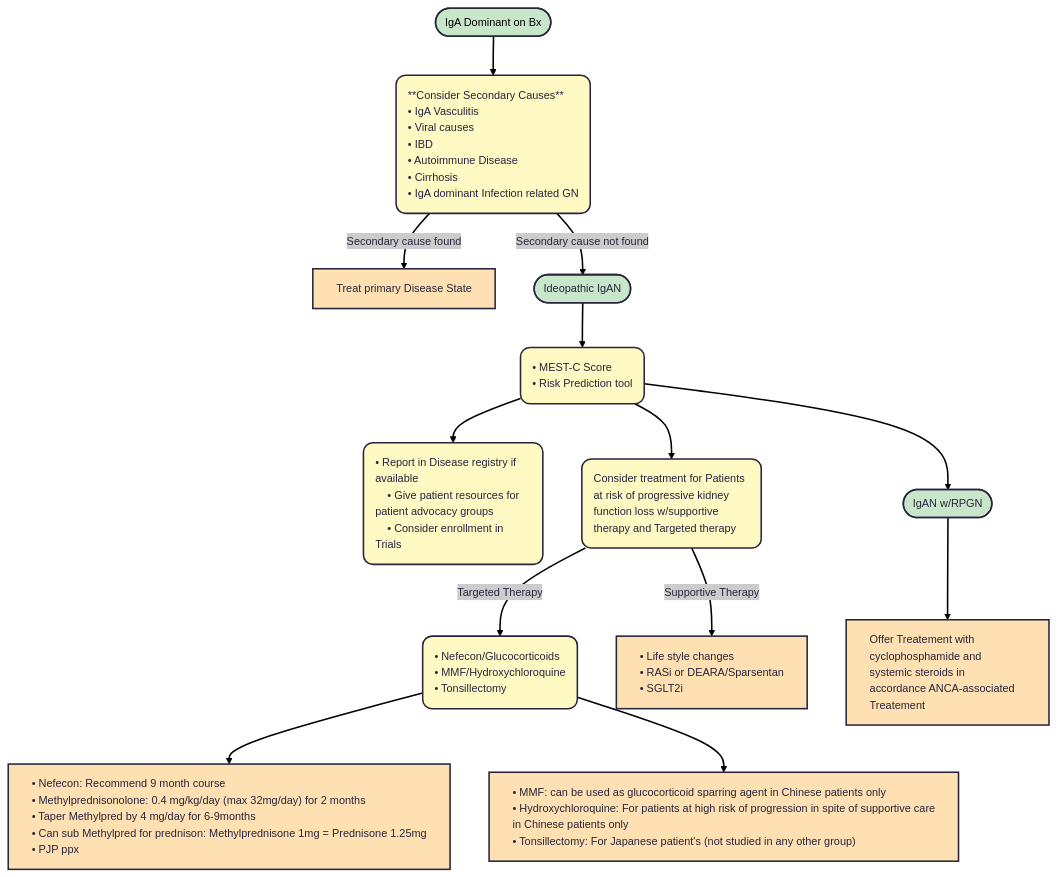
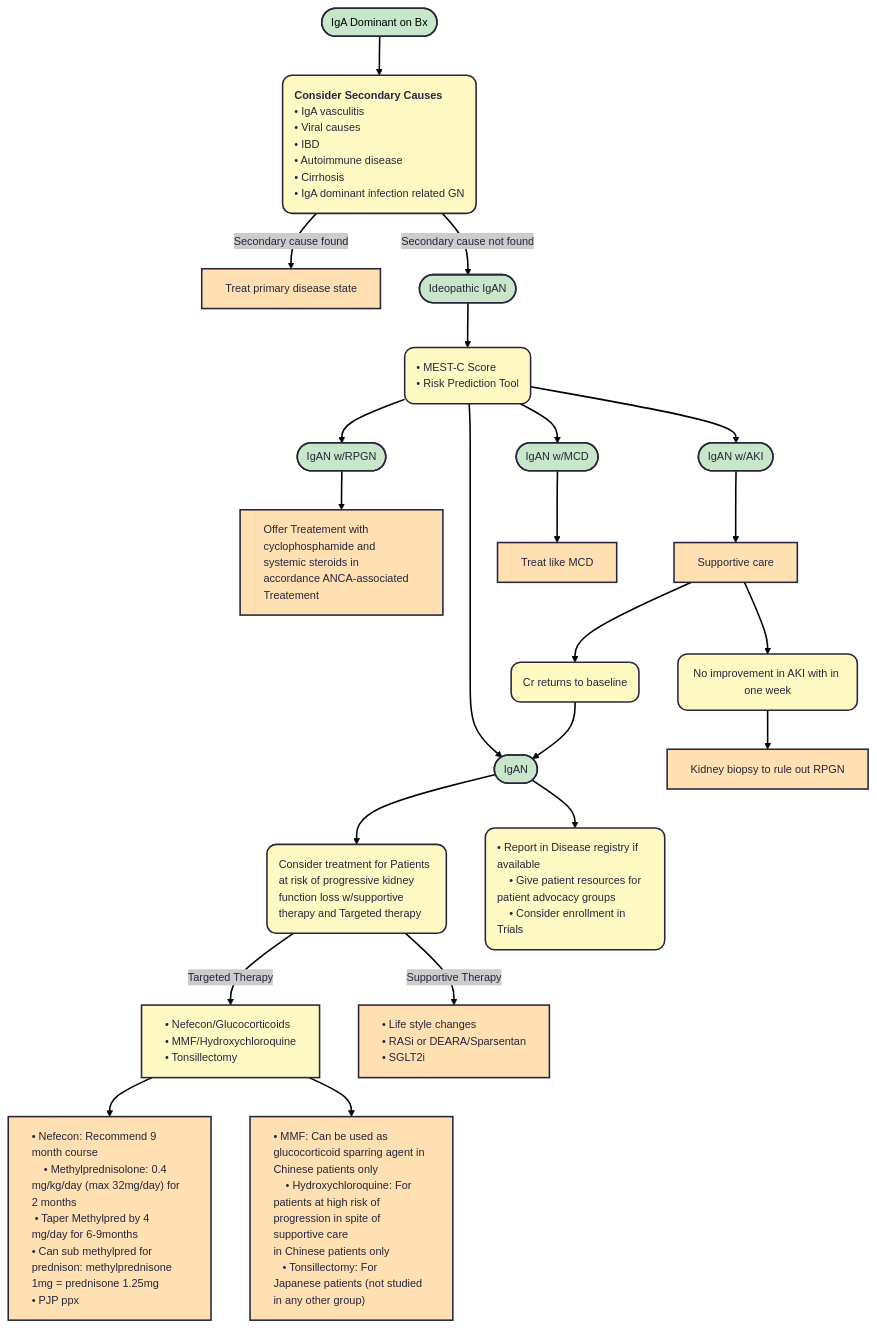
The diagram in docs/IGAN.md (TTUNEPH2025/GN), drawn with Mermaid before and after one commit.

````diff
--- a/docs/IGAN.md
+++ b/docs/IGAN.md
@@ -101,54 +101,73 @@
 ```mermaid
 ---
 config:
   theme: redux
 ---
-flowchart TD
-    A(["IgA Dominant on Bx"]) --> n1["**Consider Secondary Causes**
-    • IgA Vasculitis
+flowchart TB
+    A(["IgA Dominant on Bx"]) --> n1["`**Consider Secondary Causes**
+    • IgA vasculitis
     • Viral causes
     • IBD
-    • Autoimmune Disease
+    • Autoimmune disease
     • Cirrhosis 
-    • IgA dominant Infection related GN"]
-    n1 -- Secondary cause found --> n2["Treat primary Disease State"]
+    • IgA dominant infection related GN`"]
+    n1 -- Secondary cause found --> n2["Treat primary disease state"]
     n1 -- Secondary cause not found --> n3(["Ideopathic IgAN"])
     n3 --> n4["• MEST-C Score
-    • Risk Prediction tool"]
-    n4 --> n5["• Report in Disease registry if available
-    • Give patient resources for patient advocacy groups
-    • Consider enrollment in Trials"] & n6["Consider treatment for Patients at risk of progressive kidney function loss w/supportive therapy and Targeted therapy"] & n9(["IgAN w/RPGN"])
-    n6 -- Targeted Therapy --> n7["• Nefecon/Glucocorticoids
+    • Risk Prediction Tool"]
+    n4 --> n9(["IgAN w/RPGN"]) & n13(["IgAN w/MCD"]) & n14(["IgAN w/AKI"]) & n15(["IgAN"])
+    n6["Consider treatment for Patients at risk of progressive kidney function loss w/supportive therapy and Targeted therapy"] -- Targeted Therapy --> n7["• Nefecon/Glucocorticoids
     • MMF/Hydroxychloroquine
     • Tonsillectomy"]
     n6 -- Supportive Therapy --> n8["• Life style changes
     • RASi or DEARA/Sparsentan
     • SGLT2i"]
     n9 --> n10["Offer Treatement with cyclophosphamide and systemic steroids in accordance ANCA-associated Treatement"]
     n7 --> n11["• Nefecon: Recommend 9 month course
-    • Methylprednisonolone: 0.4 mg/kg/day (max 32mg/day) for 2 months
+    • Methylprednisolone: 0.4 mg/kg/day (max 32mg/day) for 2 months
  • Taper Methylpred by 4 mg/day for 6-9months
-• Can sub Methylpred for prednison: Methylprednisone 1mg = Prednisone 1.25mg
-• PJP ppx"] & n12@{ label: "• MMF: can be used as glucocorticoid sparring agent in Chinese patients only\n    • Hydroxychloroquine: For patients at high risk of progression in spite of supportive care
-in Chinese patients only\n   • Tonsillectomy: For Japanese patient's (not studied in any other group)" }
+• Can sub methylpred for prednison: methylprednisone 1mg = prednisone 1.25mg
+• PJP ppx"] & n12["• MMF: Can be used as glucocorticoid sparring agent in Chinese patients only<br>    • Hydroxychloroquine: For patients at high risk of progression in spite of supportive care<br>in Chinese patients only<br>   • Tonsillectomy: For Japanese patients (not studied in any other group)"]
+    n15 --> n5["• Report in Disease registry if available
+    • Give patient resources for patient advocacy groups
+    • Consider enrollment in Trials"] & n6
+    n14 --> n16["Supportive care"]
+    n16 --> n17["No improvement in AKI with in one week"] & n18["Cr returns to baseline"]
+    n18 --> n15
+    n17 --> n19["Kidney biopsy to rule out RPGN"]
+    n13 --> n20["Treat like MCD"]
+
     n1@{ shape: rounded}
     n4@{ shape: rounded}
-    n5@{ shape: rounded}
     n6@{ shape: rounded}
-    n7@{ shape: rounded}
+    n7@{ shape: rect}
     n8@{ shape: rect}
     n12@{ shape: rect}
+    n5@{ shape: rounded}
+    n16@{ shape: rect}
+    n17@{ shape: rounded}
+    n18@{ shape: rounded}
+    n19@{ shape: rect}
+    n20@{ shape: rect}
     style A fill:#C8E6C9,color:#000000
     style n1 fill:#FFF9C4,text-align:left,white-space:nowrap
     style n2 fill:#FFE0B2,text-align:left
     style n3 fill:#C8E6C9,text-align:left
     style n4 fill:#FFF9C4,text-align:left
-    style n5 fill:#FFF9C4,text-align:left
+    style n9 fill:#C8E6C9,text-align:left
+    style n13 fill:#C8E6C9
+    style n14 fill:#C8E6C9
+    style n15 fill:#C8E6C9
     style n6 fill:#FFF9C4,text-align:left
-    style n9 fill:#C8E6C9,text-align:left
     style n7 fill:#FFF9C4,text-align:left,white-space:nowrap
     style n8 fill:#FFE0B2,text-align:left,white-space:nowrap
     style n10 fill:#FFE0B2,text-align:left
-    style n11 fill:#FFE0B2,text-align:left,white-space:nowrap
-    style n12 fill:#FFE0B2,text-align:left,white-space:nowrap
+    style n11 fill:#FFE0B2,text-align:left
+    style n12 fill:#FFE0B2,text-align:left
+    style n5 fill:#FFF9C4,text-align:left
+    style n16 fill:#FFE0B2
+    style n17 fill:#FFF9C4
+    style n18 fill:#FFF9C4
+    style n19 fill:#FFE0B2
+    style n20 fill:#FFE0B2
 ```
````
